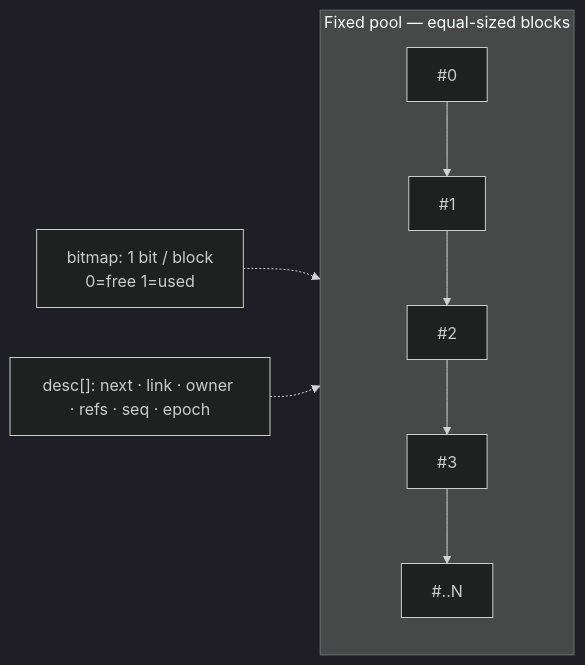
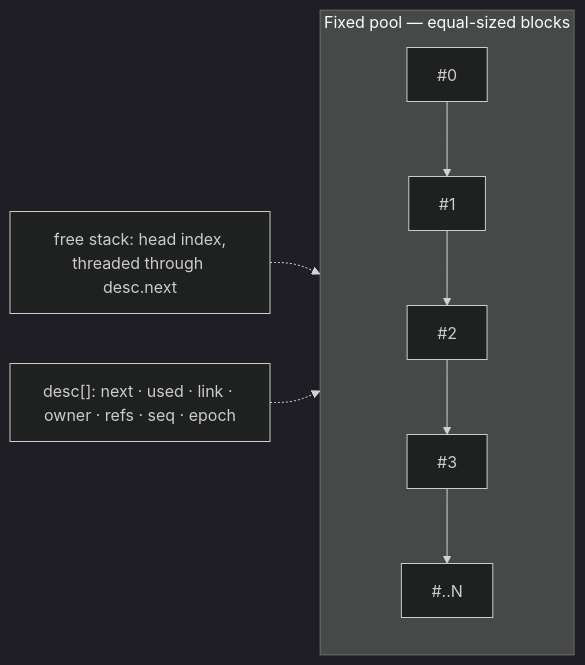
Before and after one commit to ragnar-vallhala/vaios: the third of 8 diagrams in docs/plans/bus-subsystem.md, drawn with Mermaid (dark theme). The commit also changed other lines of this file and 1 other file, not shown here.

````diff
--- a/docs/plans/bus-subsystem.md
+++ b/docs/plans/bus-subsystem.md
@@ -192,8 +218,8 @@
 ```mermaid
 flowchart LR
     subgraph Pool["Fixed pool — equal-sized blocks"]
         B0["#0"] --> B1["#1"] --> B2["#2"] --> B3["#3"] --> Bn["#..N"]
     end
-    Bitmap["bitmap: 1 bit / block<br/>0=free 1=used"] -.-> Pool
-    Desc["desc[]: next · link · owner · refs · seq · epoch"] -.-> Pool
+    Free["free stack: head index,<br/>threaded through desc.next"] -.-> Pool
+    Desc["desc[]: next · used · link · owner · refs · seq · epoch"] -.-> Pool
 ```
````
